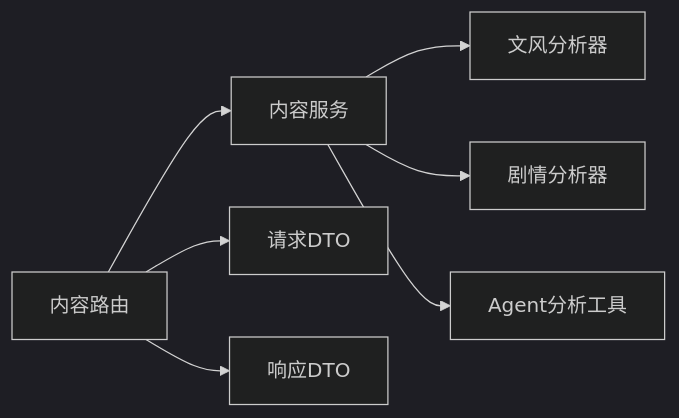
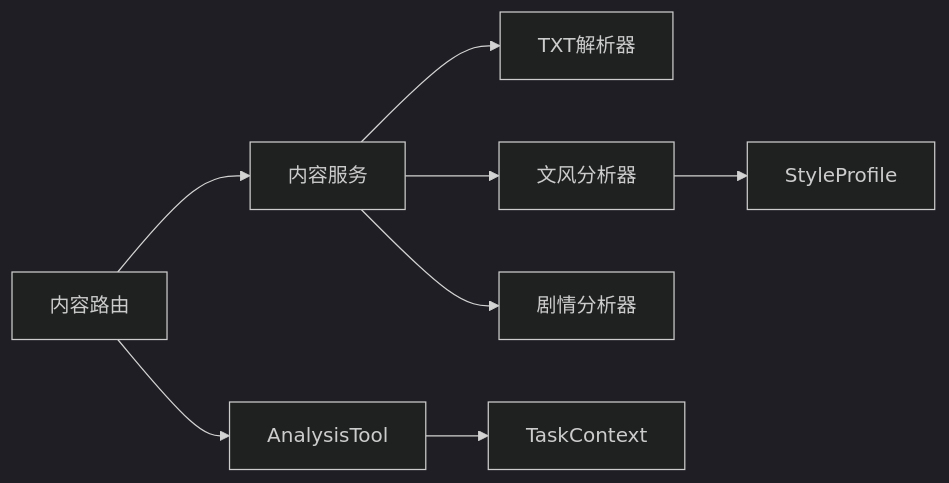
One commit to octsfm/InkTrace changed the seventh of 7 diagrams in .qoder/repowiki/zh/content/API接口文档/内容分析API.md. Above: the diagram before and after it, drawn with Mermaid (dark theme). The commit also changed other lines of this file and 179 other files, not shown here.

````diff
--- a/.qoder/repowiki/zh/content/API接口文档/内容分析API.md
+++ b/.qoder/repowiki/zh/content/API接口文档/内容分析API.md
@@ -319,9 +354,10 @@
 ```mermaid
 graph LR
-R["内容路由"] --> S["内容服务"]
-S --> SA["文风分析器"]
-S --> PA["剧情分析器"]
-S --> AG["Agent分析工具"]
-R --> D1["请求DTO"]
-R --> D2["响应DTO"]
+路由["内容路由"] --> 服务["内容服务"]
+服务 --> 解析器["TXT解析器"]
+服务 --> 文风["文风分析器"]
+服务 --> 剧情["剧情分析器"]
+文风 --> 值对象["StyleProfile"]
+路由 --> 工具["AnalysisTool"]
+工具 --> 上下文["TaskContext"]
 ```
````
